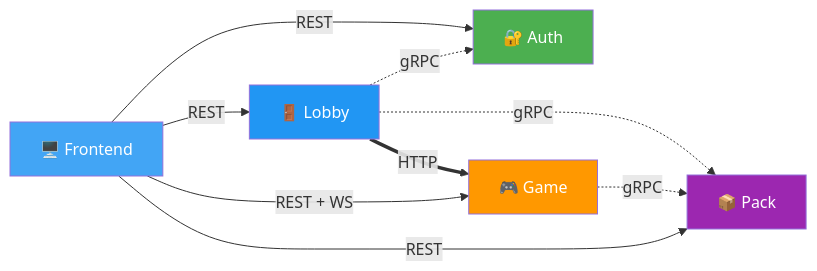
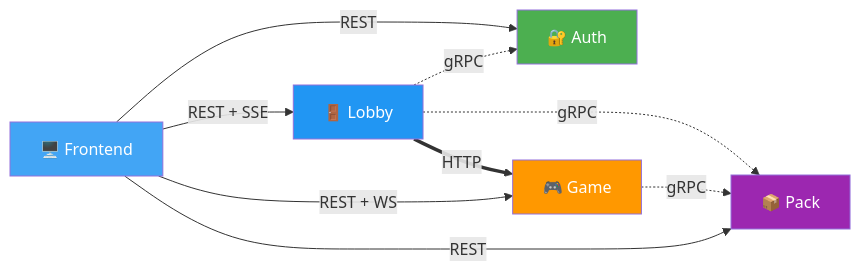
Before and after one commit to Bityta/sigame-project: the third of 28 diagrams in README.md, drawn with Mermaid. The commit also changed other lines of this file and 13 other files, not shown here.

````diff
--- a/README.md
+++ b/README.md
@@ -233,31 +198,31 @@
 ```mermaid
 flowchart LR
     %% Frontend к сервисам
     FE[🖥️ Frontend]
     
     FE -->|REST| AUTH
-    FE -->|REST| LOBBY  
+    FE -->|REST + SSE| LOBBY  
     FE -->|REST + WS| GAME
     FE -->|REST| PACK
 
     %% Сервисы
     AUTH[🔐 Auth]
     LOBBY[🚪 Lobby]
     GAME[🎮 Game]
     PACK[📦 Pack]
 
     %% Внутренние связи (gRPC)
     LOBBY -.->|gRPC| AUTH
     LOBBY -.->|gRPC| PACK
     GAME -.->|gRPC| PACK
 
     %% HTTP между сервисами
     LOBBY ==>|HTTP| GAME
 
     %% Стили
     style FE fill:#42A5F5,color:#fff
     style AUTH fill:#4CAF50,color:#fff
     style LOBBY fill:#2196F3,color:#fff
     style GAME fill:#FF9800,color:#fff
     style PACK fill:#9C27B0,color:#fff
 ```
````
